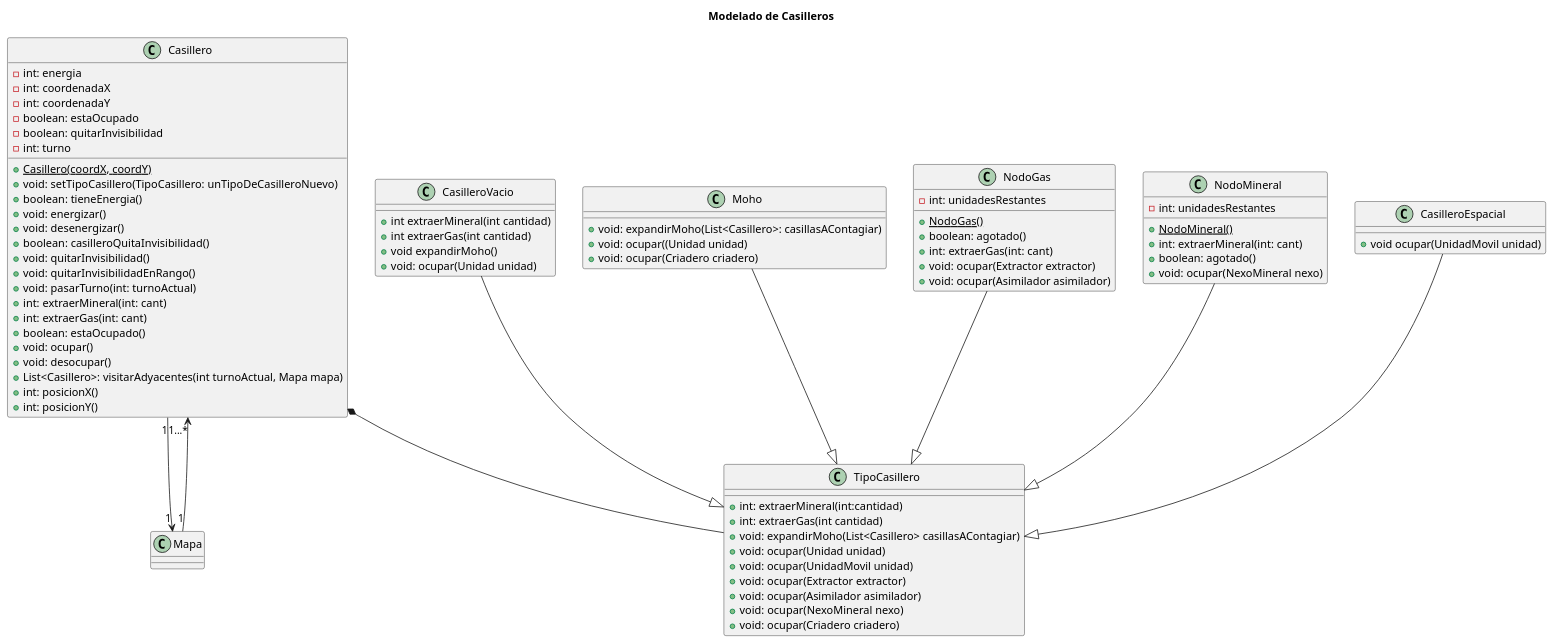
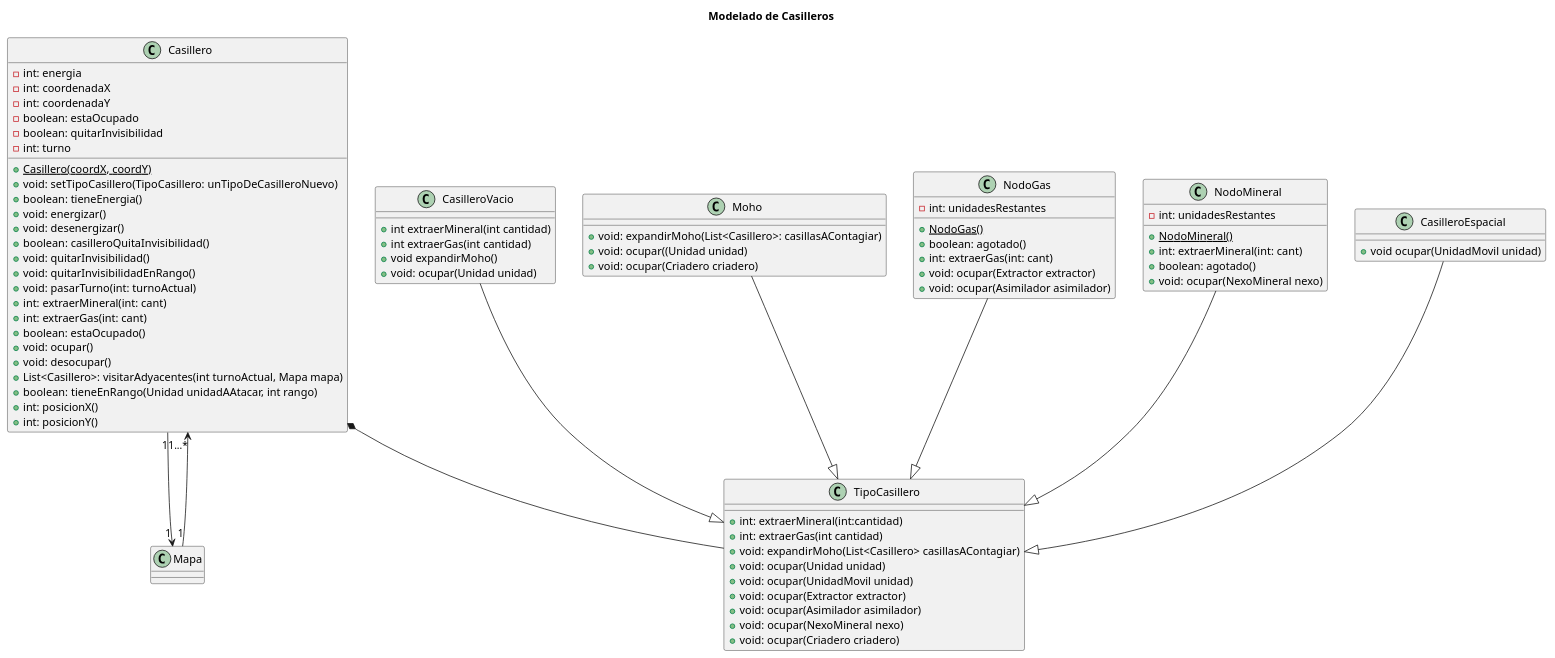
The diagram in diagrams/classes/casilleros.plantuml (m-cabrerar/AlgoStar), drawn with PlantUML before and after one commit. The commit also changed 5 other files, not shown here.

Commit message:
UML edificio

```diff
--- a/diagrams/classes/casilleros.plantuml
+++ b/diagrams/classes/casilleros.plantuml
@@ -1,91 +1,92 @@
 @startuml
 title Modelado de Casilleros
 
 
 class Casillero {
  - int: energia
  - int: coordenadaX
  - int: coordenadaY
  - boolean: estaOcupado
  - boolean: quitarInvisibilidad
  - int: turno
 
  + <u>Casillero(coordX, coordY)
  + void: setTipoCasillero(TipoCasillero: unTipoDeCasilleroNuevo)
  + boolean: tieneEnergia()
  + void: energizar()
  + void: desenergizar()
  + boolean: casilleroQuitaInvisibilidad()
  + void: quitarInvisibilidad()
  + void: quitarInvisibilidadEnRango()
  + void: pasarTurno(int: turnoActual)
  + int: extraerMineral(int: cant)
  + int: extraerGas(int: cant)
  + boolean: estaOcupado()
  + void: ocupar()
  + void: desocupar()
  + List<Casillero>: visitarAdyacentes(int turnoActual, Mapa mapa)
+ + boolean: tieneEnRango(Unidad unidadAAtacar, int rango)
  + int: posicionX()
  + int: posicionY()
 }
 
 
 
 
 
 Casillero "1" --> "1"Mapa
 Mapa "1"--> "1...*" Casillero
 Casillero *-- TipoCasillero
 CasilleroVacio --|> TipoCasillero
 Moho --|> TipoCasillero
 NodoGas --|> TipoCasillero
 NodoMineral --|> TipoCasillero
 CasilleroEspacial --|> TipoCasillero
 class TipoCasillero{
 
  + int: extraerMineral(int:cantidad)
  + int: extraerGas(int cantidad)
  + void: expandirMoho(List<Casillero> casillasAContagiar)
  + void: ocupar(Unidad unidad)
  + void: ocupar(UnidadMovil unidad)
  + void: ocupar(Extractor extractor)
  + void: ocupar(Asimilador asimilador)
  + void: ocupar(NexoMineral nexo)
  + void: ocupar(Criadero criadero)
 }
 
 
 class Moho{
  + void: expandirMoho(List<Casillero>: casillasAContagiar)
  + void: ocupar((Unidad unidad)
  + void: ocupar(Criadero criadero)
 }
 
 class NodoGas{
  - int: unidadesRestantes
  + <u>NodoGas()
  + boolean: agotado()
  + int: extraerGas(int: cant)
  + void: ocupar(Extractor extractor)
  + void: ocupar(Asimilador asimilador)
 }
 
 class NodoMineral{
  - int: unidadesRestantes
  + <u>NodoMineral()
  + int: extraerMineral(int: cant)
  + boolean: agotado()
  + void: ocupar(NexoMineral nexo)
 }
 
 class CasilleroEspacial {
  + void ocupar(UnidadMovil unidad)
 }
 
 class CasilleroVacio{
 + int extraerMineral(int cantidad)
 + int extraerGas(int cantidad)
 + void expandirMoho()
 + void: ocupar(Unidad unidad)
 }
 @enduml
```
